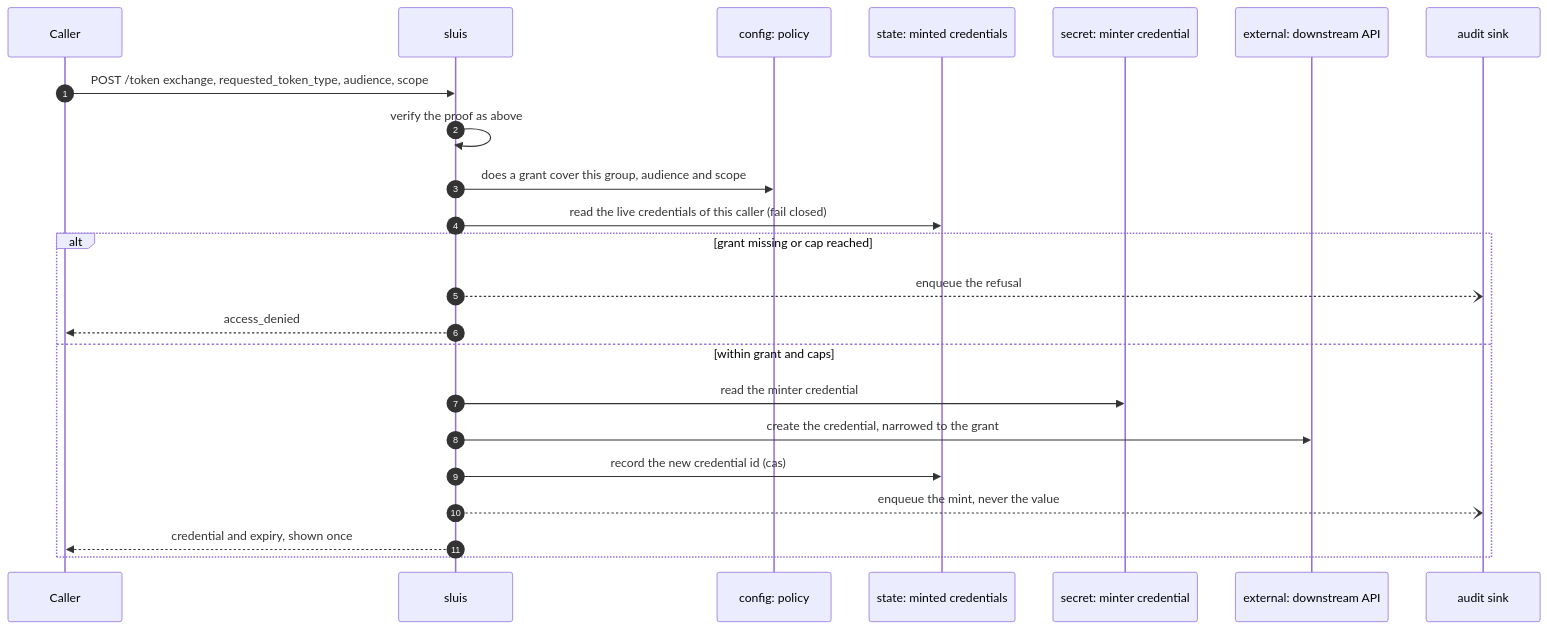
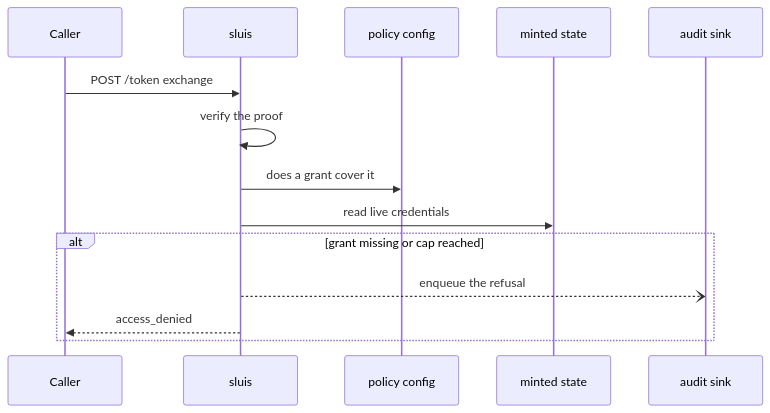
The fourth of 5 diagrams in docs/architecture/context.md (truvity/sluis), drawn with Mermaid before and after one commit. The commit also changed other lines of this file and 6 other files, not shown here.

First line of the commit message:
docs(site): split oversized diagrams into steps and shorten labels

````diff
--- a/docs/architecture/context.md
+++ b/docs/architecture/context.md
@@ -201,25 +233,16 @@
 ```mermaid
 sequenceDiagram
-  autonumber
   participant J as Caller
   participant S as sluis
-  participant C as config: policy
-  participant ST as state: minted credentials
-  participant SE as secret: minter credential
-  participant V as external: downstream API
+  participant C as policy config
+  participant ST as minted state
   participant A as audit sink
-  J->>S: POST /token exchange, requested_token_type, audience, scope
-  S->>S: verify the proof as above
-  S->>C: does a grant cover this group, audience and scope
-  S->>ST: read the live credentials of this caller (fail closed)
+  J->>S: POST /token exchange
+  S->>S: verify the proof
+  S->>C: does a grant cover it
+  S->>ST: read live credentials
   alt grant missing or cap reached
     S--)A: enqueue the refusal
     S-->>J: access_denied
-  else within grant and caps
-    S->>SE: read the minter credential
-    S->>V: create the credential, narrowed to the grant
-    S->>ST: record the new credential id (cas)
-    S--)A: enqueue the mint, never the value
-    S-->>J: credential and expiry, shown once
   end
 ```
````
